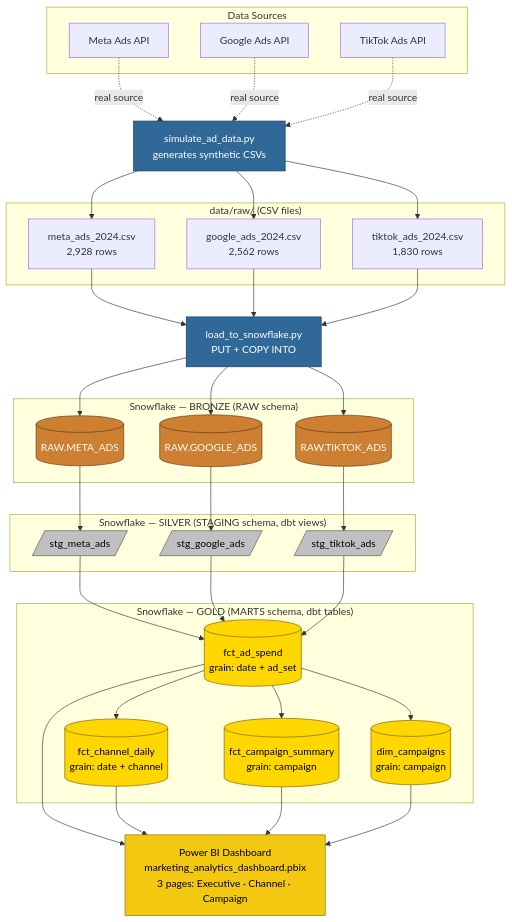
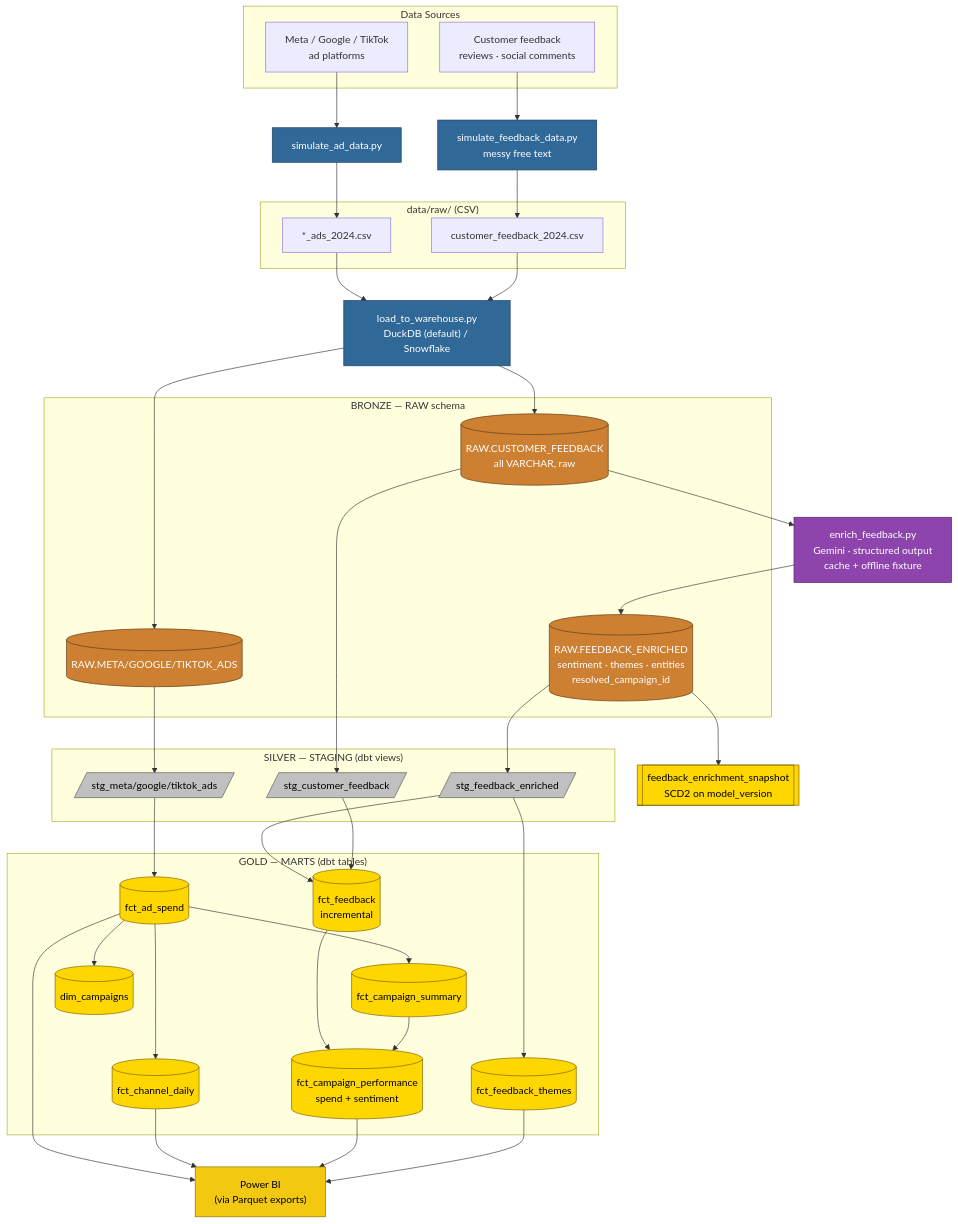
The first of 3 diagrams in DATA_FLOW.md (Rodrigo-Rosillo/marketing-analytics-pipeline), drawn with Mermaid before and after one commit. The commit also changed other lines of this file and 20 other files, not shown here.

First line of the commit message:
LLM enriched update

````diff
--- a/DATA_FLOW.md
+++ b/DATA_FLOW.md
@@ -8,93 +10,85 @@
 flowchart TD
     %% ── Sources ──────────────────────────────────────────────
     subgraph SRC["Data Sources"]
-        META_API[Meta Ads API]
-        GOOGLE_API[Google Ads API]
-        TIKTOK_API[TikTok Ads API]
+        ADS[Meta / Google / TikTok<br/>ad platforms]
+        FBSRC[Customer feedback<br/>reviews · social comments]
     end
 
-    %% ── Simulation ──────────────────────────────────────────
-    SIM["simulate_ad_data.py<br/>generates synthetic CSVs"]
+    SIM_ADS["simulate_ad_data.py"]
+    SIM_FB["simulate_feedback_data.py<br/>messy free text"]
 
-    %% ── Local CSV files ─────────────────────────────────────
-    subgraph CSV["data/raw/ (CSV files)"]
-        META_CSV["meta_ads_2024.csv<br/>2,928 rows"]
-        GOOGLE_CSV["google_ads_2024.csv<br/>2,562 rows"]
-        TIKTOK_CSV["tiktok_ads_2024.csv<br/>1,830 rows"]
+    subgraph CSV["data/raw/ (CSV)"]
+        ADS_CSV["*_ads_2024.csv"]
+        FB_CSV["customer_feedback_2024.csv"]
     end
 
-    %% ── Loader ──────────────────────────────────────────────
-    LOAD["load_to_snowflake.py<br/>PUT + COPY INTO"]
+    LOAD["load_to_warehouse.py<br/>DuckDB (default) / Snowflake"]
+    ENRICH["enrich_feedback.py<br/>Gemini · structured output<br/>cache + offline fixture"]
 
     %% ── Bronze ──────────────────────────────────────────────
-    subgraph BRONZE["Snowflake — BRONZE (RAW schema)"]
-        RAW_META[(RAW.META_ADS)]
-        RAW_GOOGLE[(RAW.GOOGLE_ADS)]
-        RAW_TIKTOK[(RAW.TIKTOK_ADS)]
+    subgraph BRONZE["BRONZE — RAW schema"]
+        RAW_ADS[(RAW.META/GOOGLE/TIKTOK_ADS)]
+        RAW_FB[(RAW.CUSTOMER_FEEDBACK<br/>all VARCHAR, raw)]
+        RAW_ENR[(RAW.FEEDBACK_ENRICHED<br/>sentiment · themes · entities<br/>resolved_campaign_id)]
     end
 
     %% ── Silver ──────────────────────────────────────────────
-    subgraph SILVER["Snowflake — SILVER (STAGING schema, dbt views)"]
-        STG_META[/stg_meta_ads/]
-        STG_GOOGLE[/stg_google_ads/]
-        STG_TIKTOK[/stg_tiktok_ads/]
+    subgraph SILVER["SILVER — STAGING (dbt views)"]
+        STG_ADS[/stg_meta/google/tiktok_ads/]
+        STG_FB[/stg_customer_feedback/]
+        STG_ENR[/stg_feedback_enriched/]
     end
 
     %% ── Gold ────────────────────────────────────────────────
-    subgraph GOLD["Snowflake — GOLD (MARTS schema, dbt tables)"]
-        FCT_AD[(fct_ad_spend<br/>grain: date + ad_set)]
-        FCT_CHAN[(fct_channel_daily<br/>grain: date + channel)]
-        FCT_CAMP[(fct_campaign_summary<br/>grain: campaign)]
-        DIM_CAMP[(dim_campaigns<br/>grain: campaign)]
+    subgraph GOLD["GOLD — MARTS (dbt tables)"]
+        FCT_AD[(fct_ad_spend)]
+        FCT_CHAN[(fct_channel_daily)]
+        FCT_CAMP[(fct_campaign_summary)]
+        DIM_CAMP[(dim_campaigns)]
+        FCT_FB[(fct_feedback<br/>incremental)]
+        FCT_THEME[(fct_feedback_themes)]
+        FCT_PERF[(fct_campaign_performance<br/>spend + sentiment)]
     end
 
-    %% ── BI ──────────────────────────────────────────────────
-    PBI["Power BI Dashboard<br/>marketing_analytics_dashboard.pbix<br/>3 pages: Executive · Channel · Campaign"]
+    SNAP[["feedback_enrichment_snapshot<br/>SCD2 on model_version"]]
+    PBI["Power BI<br/>(via Parquet exports)"]
 
     %% ── Edges ──────────────────────────────────────────────
-    META_API -.real source.-> SIM
-    GOOGLE_API -.real source.-> SIM
-    TIKTOK_API -.real source.-> SIM
+    ADS --> SIM_ADS --> ADS_CSV --> LOAD --> RAW_ADS
+    FBSRC --> SIM_FB --> FB_CSV --> LOAD --> RAW_FB
+    RAW_FB --> ENRICH --> RAW_ENR
+    RAW_ADS --> STG_ADS
+    RAW_FB --> STG_FB
+    RAW_ENR --> STG_ENR
+    RAW_ENR --> SNAP
 
-    SIM --> META_CSV
-    SIM --> GOOGLE_CSV
-    SIM --> TIKTOK_CSV
-
-    META_CSV --> LOAD
-    GOOGLE_CSV --> LOAD
-    TIKTOK_CSV --> LOAD
-
-    LOAD --> RAW_META
-    LOAD --> RAW_GOOGLE
-    LOAD --> RAW_TIKTOK
-
-    RAW_META --> STG_META
-    RAW_GOOGLE --> STG_GOOGLE
-    RAW_TIKTOK --> STG_TIKTOK
-
-    STG_META --> FCT_AD
-    STG_GOOGLE --> FCT_AD
-    STG_TIKTOK --> FCT_AD
-
+    STG_ADS --> FCT_AD
     FCT_AD --> FCT_CHAN
     FCT_AD --> FCT_CAMP
     FCT_AD --> DIM_CAMP
+    STG_ENR --> FCT_FB
+    STG_FB --> FCT_FB
+    STG_ENR --> FCT_THEME
+    FCT_FB --> FCT_PERF
+    FCT_CAMP --> FCT_PERF
 
     FCT_AD --> PBI
     FCT_CHAN --> PBI
-    FCT_CAMP --> PBI
-    DIM_CAMP --> PBI
+    FCT_PERF --> PBI
+    FCT_THEME --> PBI
 
     %% ── Styling ─────────────────────────────────────────────
     classDef bronze fill:#cd7f32,stroke:#5a3a17,color:#fff
     classDef silver fill:#c0c0c0,stroke:#555,color:#000
     classDef gold fill:#ffd700,stroke:#7a5c00,color:#000
     classDef python fill:#306998,stroke:#1a3a5e,color:#fff
+    classDef llm fill:#8e44ad,stroke:#4a235a,color:#fff
     classDef bi fill:#f2c811,stroke:#8a6f00,color:#000
 
-    class RAW_META,RAW_GOOGLE,RAW_TIKTOK bronze
-    class STG_META,STG_GOOGLE,STG_TIKTOK silver
-    class FCT_AD,FCT_CHAN,FCT_CAMP,DIM_CAMP gold
-    class SIM,LOAD python
+    class RAW_ADS,RAW_FB,RAW_ENR bronze
+    class STG_ADS,STG_FB,STG_ENR silver
+    class FCT_AD,FCT_CHAN,FCT_CAMP,DIM_CAMP,FCT_FB,FCT_THEME,FCT_PERF,SNAP gold
+    class SIM_ADS,SIM_FB,LOAD python
+    class ENRICH llm
     class PBI bi
 ```
````
